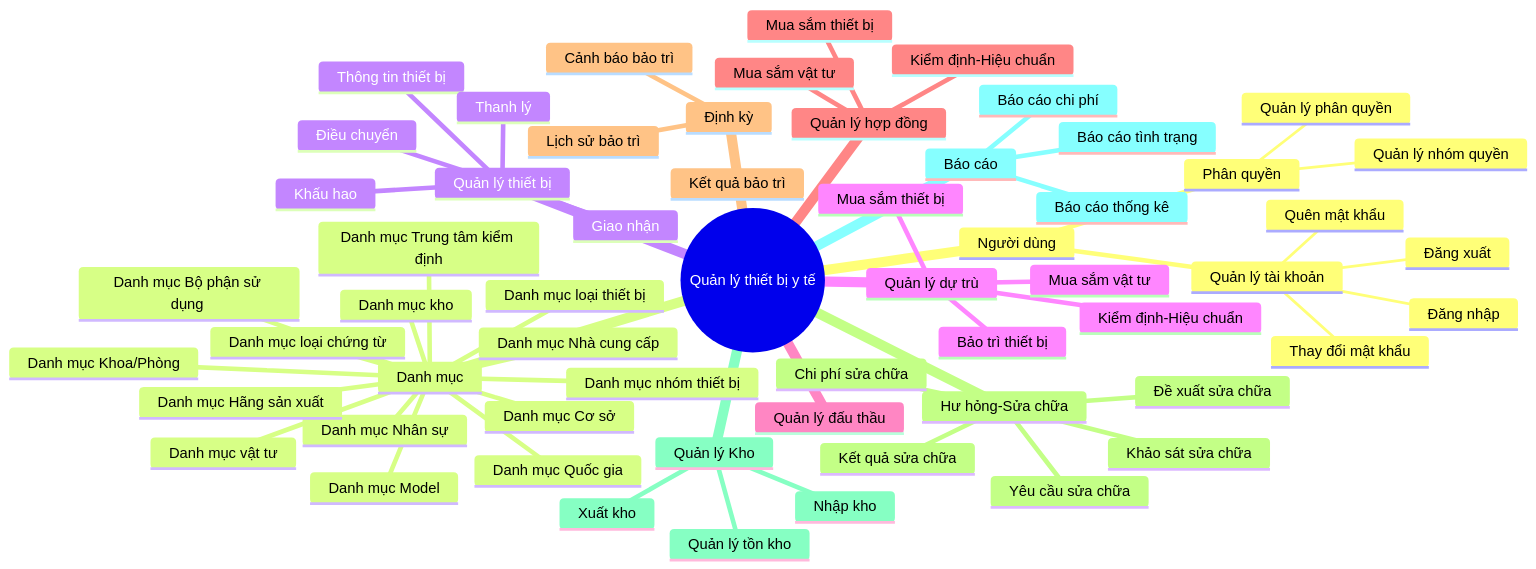
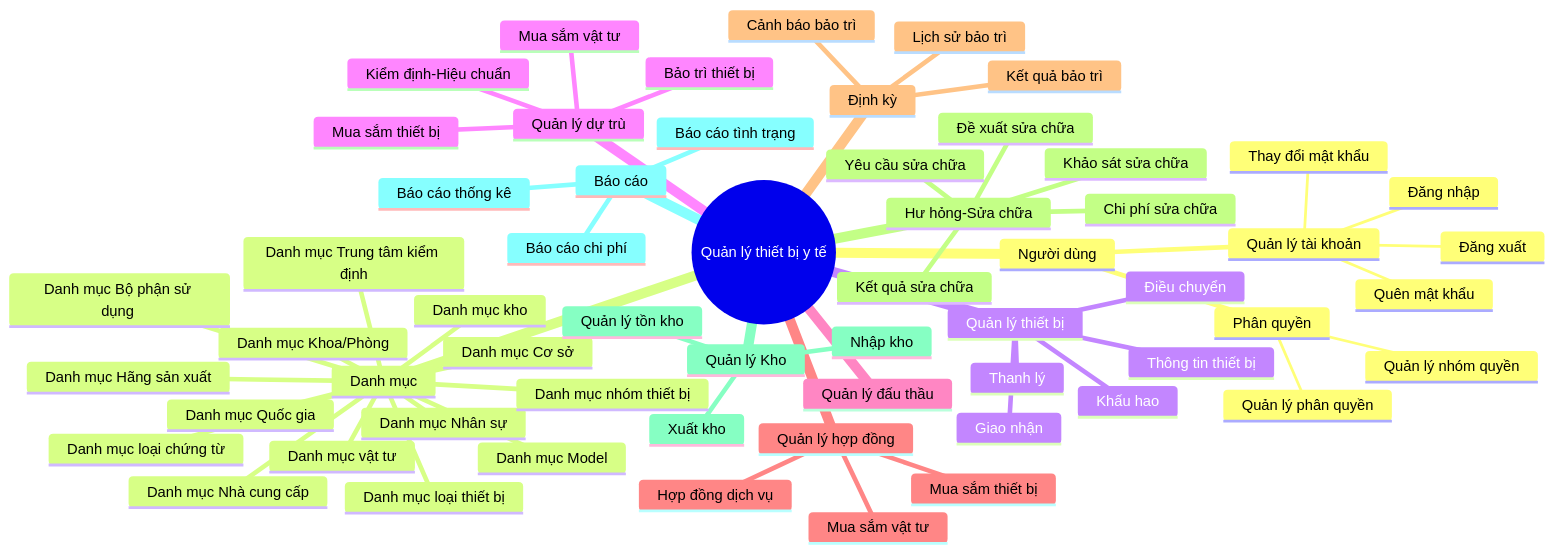
Before and after one commit to nthanhdo/mems-brainstorm: the diagram in mindmap.md, drawn with Mermaid.

````diff
--- a/mindmap.md
+++ b/mindmap.md
@@ -1,74 +1,74 @@
 ```mermaid
 mindmap
   root((Quản lý thiết bị y tế))
     Người dùng
       Quản lý tài khoản
          Đăng nhập
          Đăng xuất
          Thay đổi mật khẩu
          Quên mật khẩu
          
       Phân quyền
          Quản lý nhóm quyền
          Quản lý phân quyền
 
     Danh mục
       Danh mục Cơ sở
       Danh mục Khoa/Phòng
       Danh mục Bộ phận sử dụng 
       Danh mục Nhân sự
       Danh mục Quốc gia
       Danh mục Hãng sản xuất
       Danh mục Model
       Danh mục kho
       Danh mục Nhà cung cấp
       Danh mục Trung tâm kiểm định
       Danh mục nhóm thiết bị
       Danh mục loại thiết bị
       Danh mục vật tư
       Danh mục loại chứng từ
 
     Quản lý thiết bị
       Thông tin thiết bị
       Giao nhận
       Điều chuyển
       Khấu hao
       Thanh lý
 
     Quản lý dự trù
       Mua sắm thiết bị
       Mua sắm vật tư
       Bảo trì thiết bị
       Kiểm định-Hiệu chuẩn
 
     Quản lý đấu thầu
 
     Quản lý hợp đồng
       Mua sắm thiết bị
       Mua sắm vật tư
-      Kiểm định-Hiệu chuẩn
+      Hợp đồng dịch vụ
       
     Định kỳ
       Kết quả bảo trì
       Lịch sử bảo trì
       Cảnh báo bảo trì
 
     Hư hỏng-Sửa chữa
       Yêu cầu sửa chữa
       Khảo sát sửa chữa
       Đề xuất sửa chữa
       Kết quả sửa chữa
       Chi phí sửa chữa
 
     Quản lý Kho
       Quản lý tồn kho
       Nhập kho
       Xuất kho
 
     Báo cáo
       Báo cáo thống kê
       Báo cáo tình trạng
       Báo cáo chi phí
    
 
 ```
````
